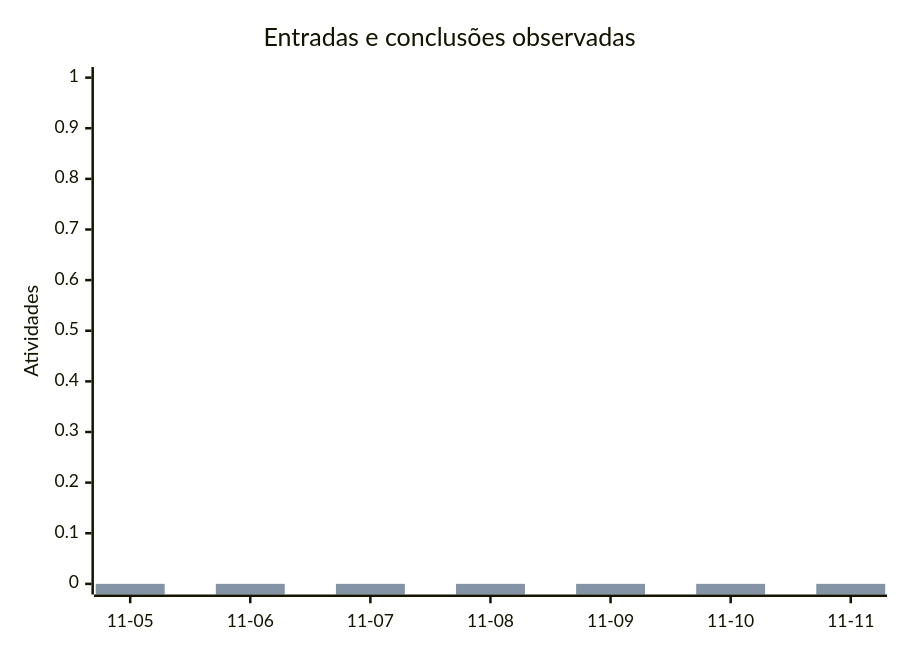
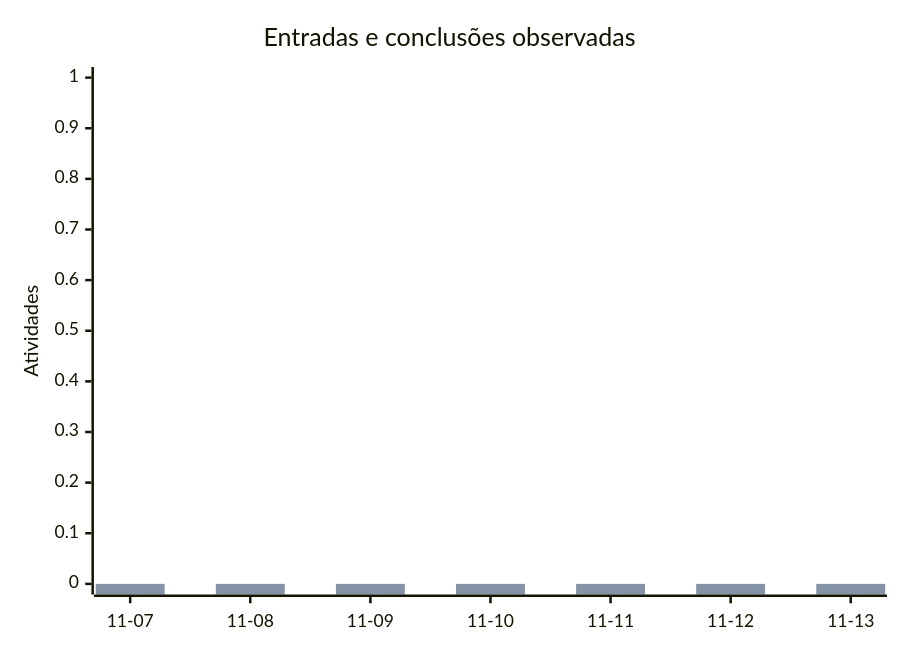
The fourth of 5 diagrams in docs/BACKLOG.md (softctrl/backloger), drawn with Mermaid before and after one commit. The commit also changed other lines of this file and 26 other files, not shown here.

````diff
--- a/docs/BACKLOG.md
+++ b/docs/BACKLOG.md
@@ -99,9 +100,9 @@
 ```mermaid
-%% backloger-chart-v1 {"kind":"bar","title":"Entradas e conclusões observadas","labels":["11-05","11-06","11-07","11-08","11-09","11-10","11-11"],"series":[{"name":"Criadas","values":[0.0,0.0,0.0,0.0,0.0,0.0,0.0]},{"name":"Concluídas","values":[0.0,0.0,0.0,0.0,0.0,0.0,0.0]}],"colors":[]}
+%% backloger-chart-v1 {"kind":"bar","title":"Entradas e conclusões observadas","labels":["11-07","11-08","11-09","11-10","11-11","11-12","11-13"],"series":[{"name":"Criadas","values":[0.0,0.0,0.0,0.0,0.0,0.0,0.0]},{"name":"Concluídas","values":[0.0,0.0,0.0,0.0,0.0,0.0,0.0]}],"colors":[]}
 xychart-beta
     title "Entradas e conclusões observadas"
-    x-axis ["11-05", "11-06", "11-07", "11-08", "11-09", "11-10", "11-11"]
+    x-axis ["11-07", "11-08", "11-09", "11-10", "11-11", "11-12", "11-13"]
     y-axis "Atividades" 0 --> 1
     bar [0, 0, 0, 0, 0, 0, 0]
     bar [0, 0, 0, 0, 0, 0, 0]
 ```
````
